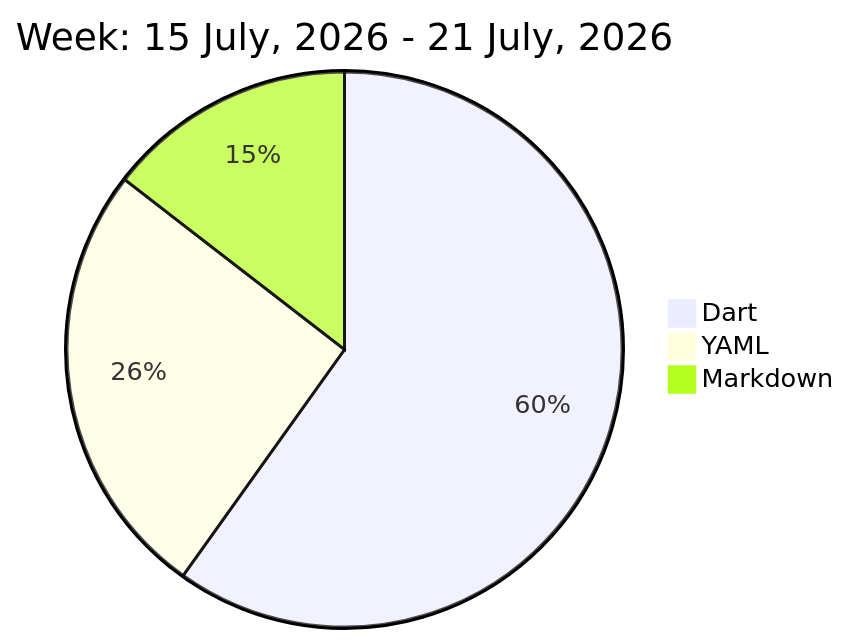
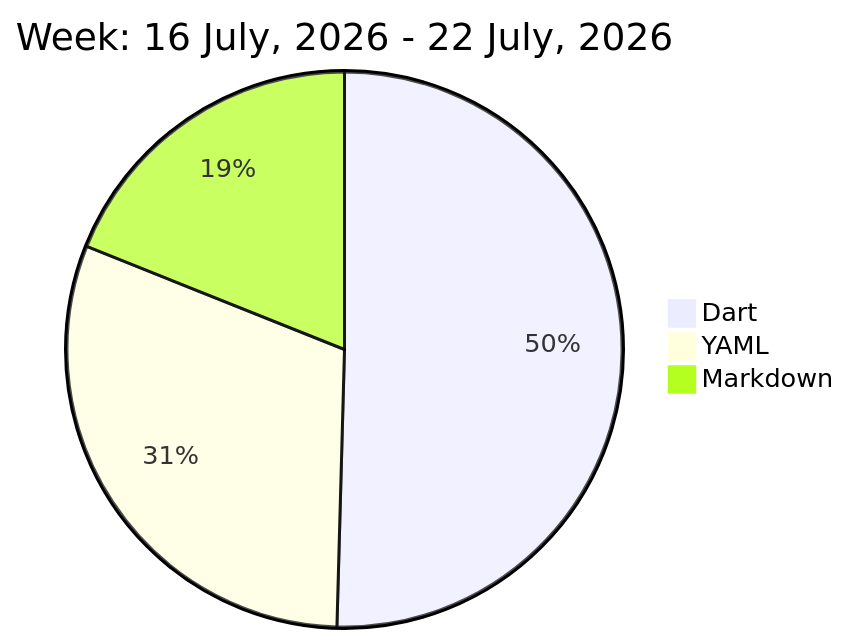
One commit to liubin95/liubin95 changed the diagram in README.md. Above: the diagram before and after it, drawn with Mermaid.

Commit message:
Updated the Graph with new Metrics

````diff
--- a/README.md
+++ b/README.md
@@ -32,7 +32,7 @@
 ```mermaid
  pie
-title Week: 15 July, 2026 - 21 July, 2026
- "Dart" : 10.8
- "YAML" : 4.62
- "Markdown" : 2.62
+title Week: 16 July, 2026 - 22 July, 2026
+ "Dart" : 8.12
+ "YAML" : 4.93
+ "Markdown" : 3.05
 ```
````
